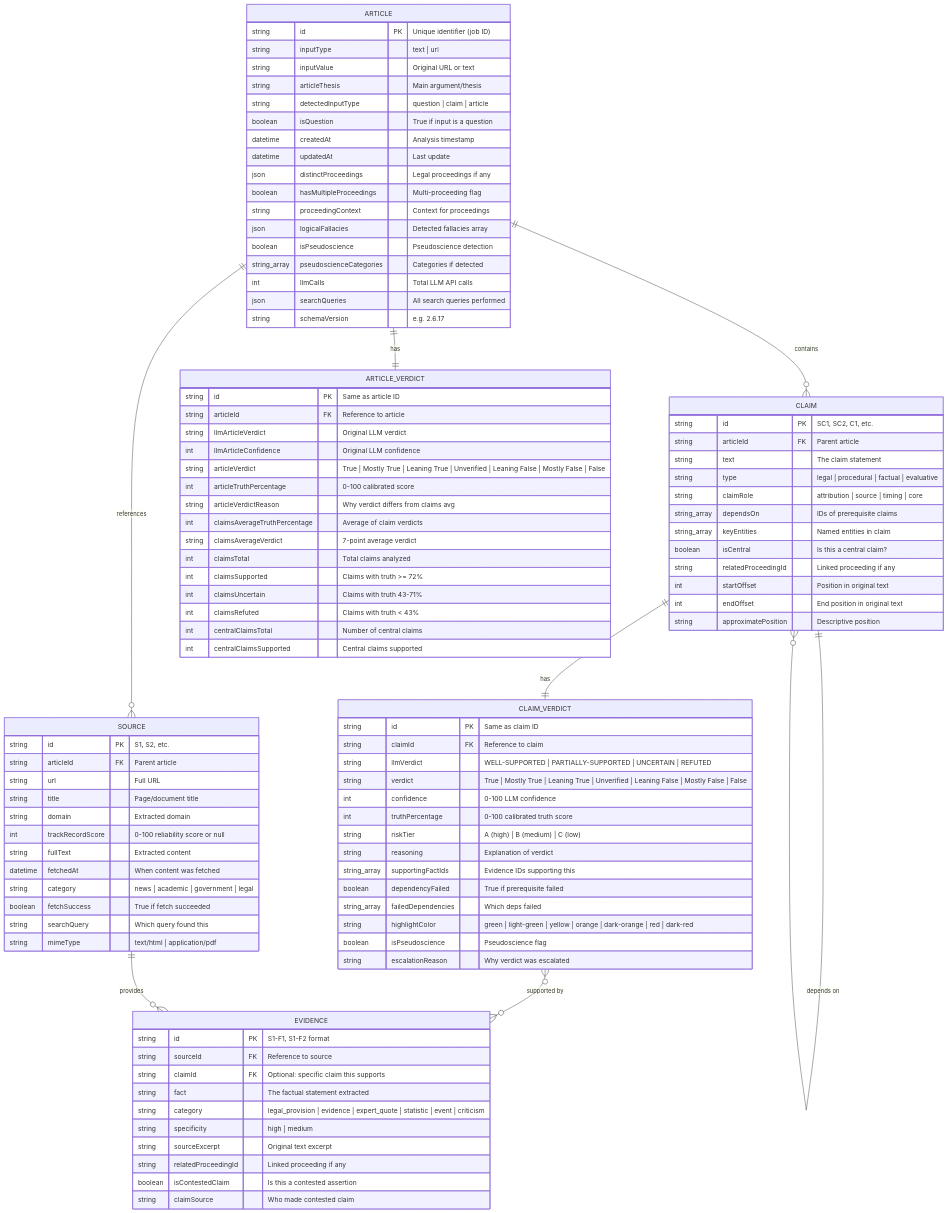
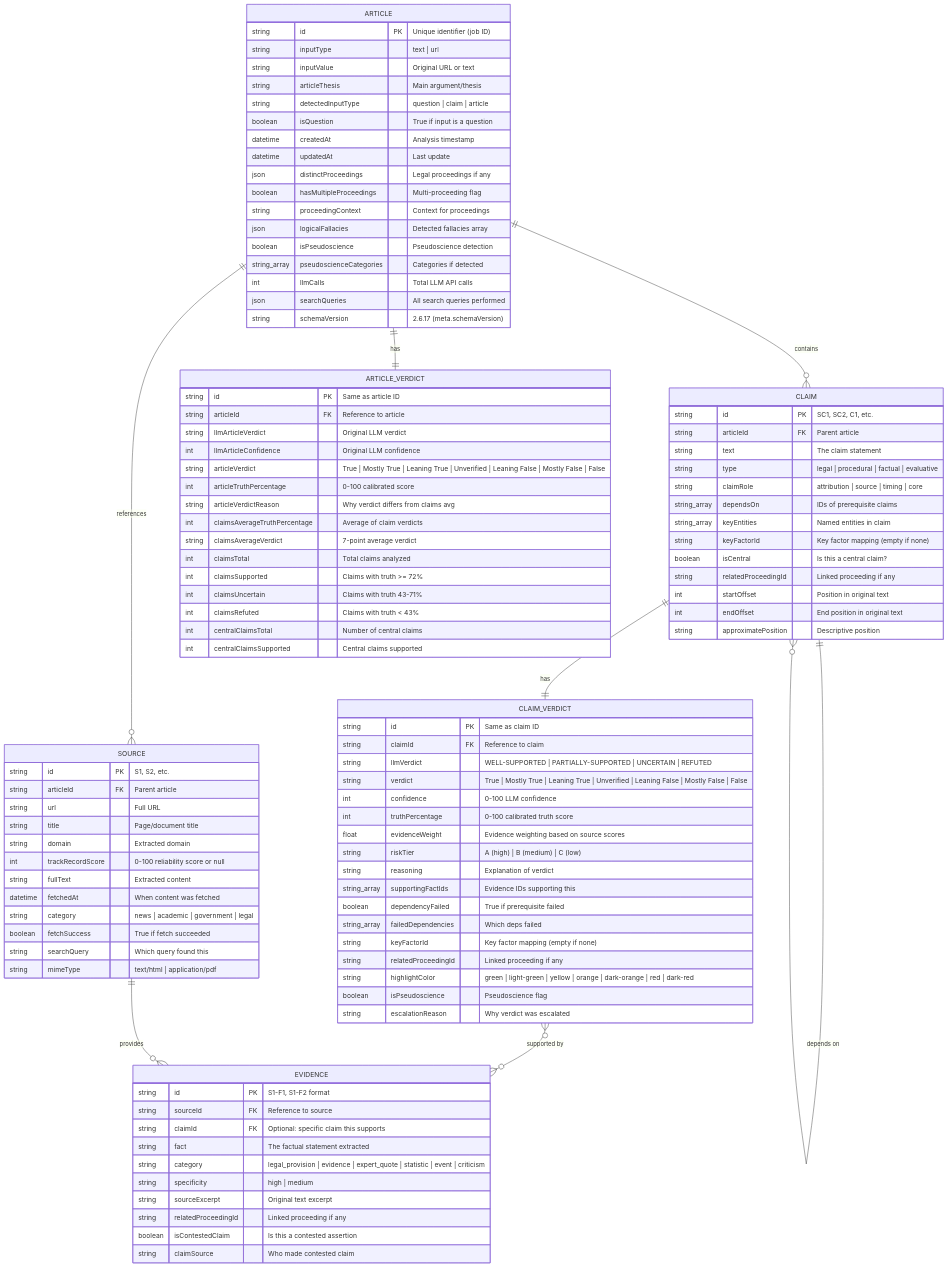
The second of 8 diagrams in Docs/FactHarbor POC1 Architecture Analysis.md (robertschaub/FactHarbor), drawn with Mermaid before and after one commit. The commit also changed other lines of this file and 6 other files, not shown here.

```diff
--- a/Docs/FactHarbor POC1 Architecture Analysis.md
+++ b/Docs/FactHarbor POC1 Architecture Analysis.md
@@ -122,7 +128,7 @@
         string_array pseudoscienceCategories "Categories if detected"
         int llmCalls "Total LLM API calls"
         json searchQueries "All search queries performed"
-        string schemaVersion "e.g. 2.6.17"
+        string schemaVersion "2.6.17 (meta.schemaVersion)"
     }
 
     CLAIM {
@@ -133,6 +139,7 @@
         string claimRole "attribution | source | timing | core"
         string_array dependsOn "IDs of prerequisite claims"
         string_array keyEntities "Named entities in claim"
+        string keyFactorId "Key factor mapping (empty if none)"
         boolean isCentral "Is this a central claim?"
         string relatedProceedingId "Linked proceeding if any"
         int startOffset "Position in original text"
@@ -147,11 +154,14 @@
         string verdict "True | Mostly True | Leaning True | Unverified | Leaning False | Mostly False | False"
         int confidence "0-100 LLM confidence"
         int truthPercentage "0-100 calibrated truth score"
+        float evidenceWeight "Evidence weighting based on source scores"
         string riskTier "A (high) | B (medium) | C (low)"
         string reasoning "Explanation of verdict"
         string_array supportingFactIds "Evidence IDs supporting this"
         boolean dependencyFailed "True if prerequisite failed"
         string_array failedDependencies "Which deps failed"
+        string keyFactorId "Key factor mapping (empty if none)"
+        string relatedProceedingId "Linked proceeding if any"
         string highlightColor "green | light-green | yellow | orange | dark-orange | red | dark-red"
         boolean isPseudoscience "Pseudoscience flag"
         string escalationReason "Why verdict was escalated"
```
